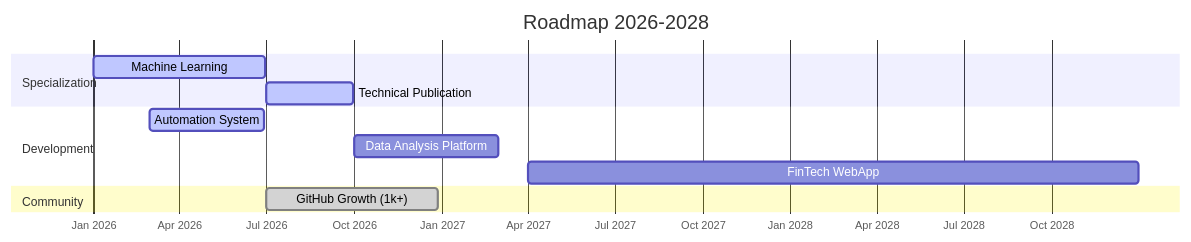
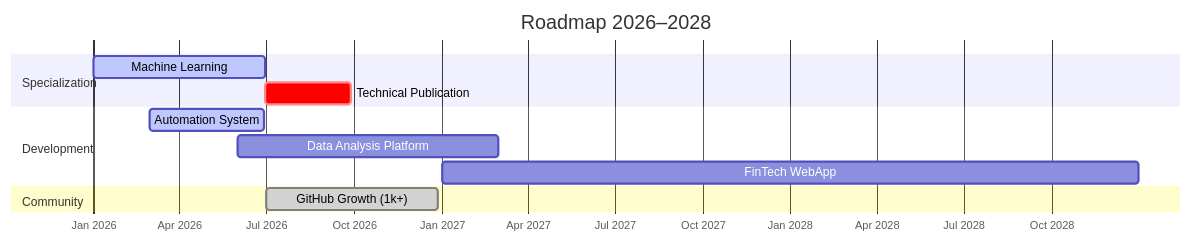
Before and after one commit to delblerferreromorgan/delblerferreromorgan: the second of 4 diagrams in README.md, drawn with Mermaid.

````diff
--- a/README.md
+++ b/README.md
@@ -135,19 +135,19 @@
 ```mermaid
 gantt
-    title Roadmap 2026-2028
+    title Roadmap 2026–2028
     dateFormat  YYYY-MM-DD
     axisFormat  %b %Y
 
     section Specialization
-    Machine Learning           :active, ml1, 2026-01-01, 2026-06-30
-    Technical Publication      :active, tp1, 2026-07-01, 2026-09-30
+    Machine Learning          :active, ml1, 2026-01-01, 2026-06-30
+    Technical Publication     :crit,   tp1, after ml1, 90d
 
     section Development
-    Automation System          :active, dev1, 2026-03-01, 2026-06-29
-    Data Analysis Platform     :        dev2, 2026-10-01, 2027-03-01
-    FinTech WebApp             :        dev3, 2027-04-01, 2028-12-31
+    Automation System         :active, dev1, 2026-03-01, 2026-06-29
+    Data Analysis Platform    :        dev2, 2026-06-01, 2027-03-01
+    FinTech WebApp            :        dev3, 2027-01-01, 2028-12-31
 
     section Community
-    GitHub Growth (1k+)        :done,   com1, 2026-07-01, 2026-12-28
+    GitHub Growth (1k+)       :done,   com1, 2026-07-01, 180d
 
 ```
````
